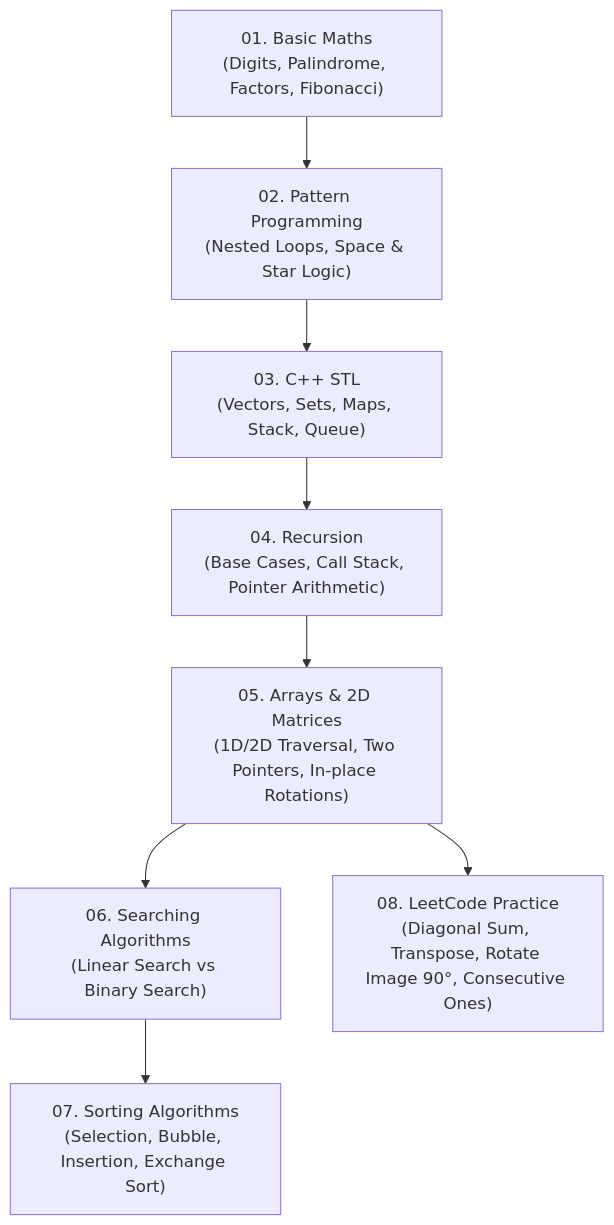
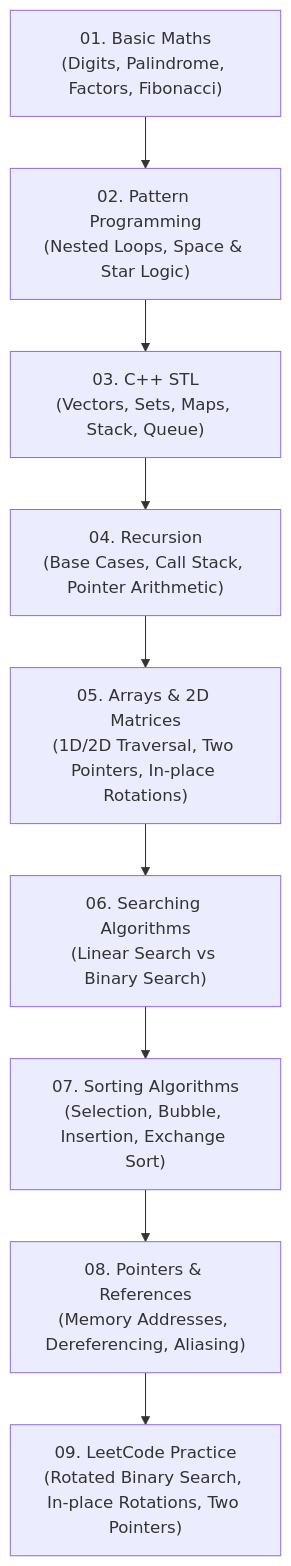
Before and after one commit to niteshxedev-byte/DSA_CPP: the diagram in README.md, drawn with Mermaid. The commit also changed other lines of this file and 1 other file, not shown here.

Commit message:
Rename 08 pointer folder to 08_pointers, add pointer basics file, update README.md

````diff
--- a/README.md
+++ b/README.md
@@ -11,10 +11,11 @@
 ```mermaid
 flowchart TD
     A["01. Basic Maths<br/>(Digits, Palindrome, Factors, Fibonacci)"] --> B["02. Pattern Programming<br/>(Nested Loops, Space & Star Logic)"]
     B --> C["03. C++ STL<br/>(Vectors, Sets, Maps, Stack, Queue)"]
     C --> D["04. Recursion<br/>(Base Cases, Call Stack, Pointer Arithmetic)"]
     D --> E["05. Arrays & 2D Matrices<br/>(1D/2D Traversal, Two Pointers, In-place Rotations)"]
     E --> F["06. Searching Algorithms<br/>(Linear Search vs Binary Search)"]
     F --> G["07. Sorting Algorithms<br/>(Selection, Bubble, Insertion, Exchange Sort)"]
-    E --> H["08. LeetCode Practice<br/>(Diagonal Sum, Transpose, Rotate Image 90°, Consecutive Ones)"]
+    G --> H["08. Pointers & References<br/>(Memory Addresses, Dereferencing, Aliasing)"]
+    H --> I["09. LeetCode Practice<br/>(Rotated Binary Search, In-place Rotations, Two Pointers)"]
 ```
````
